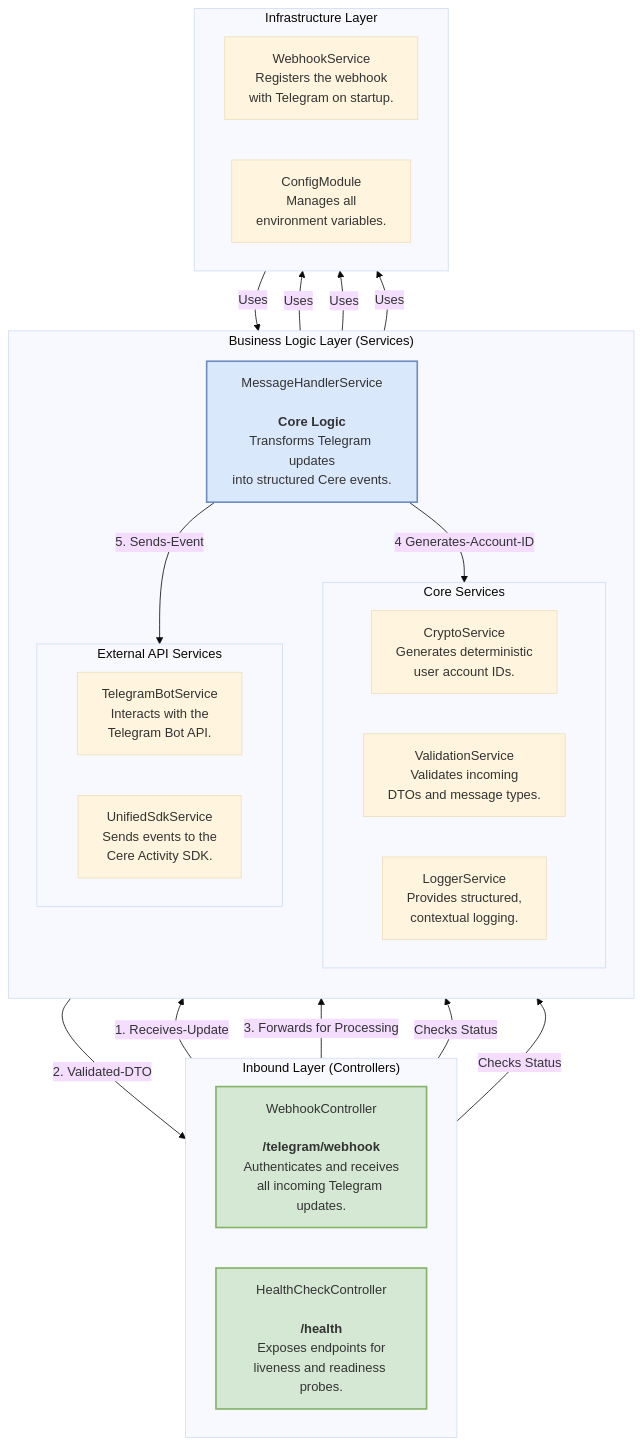
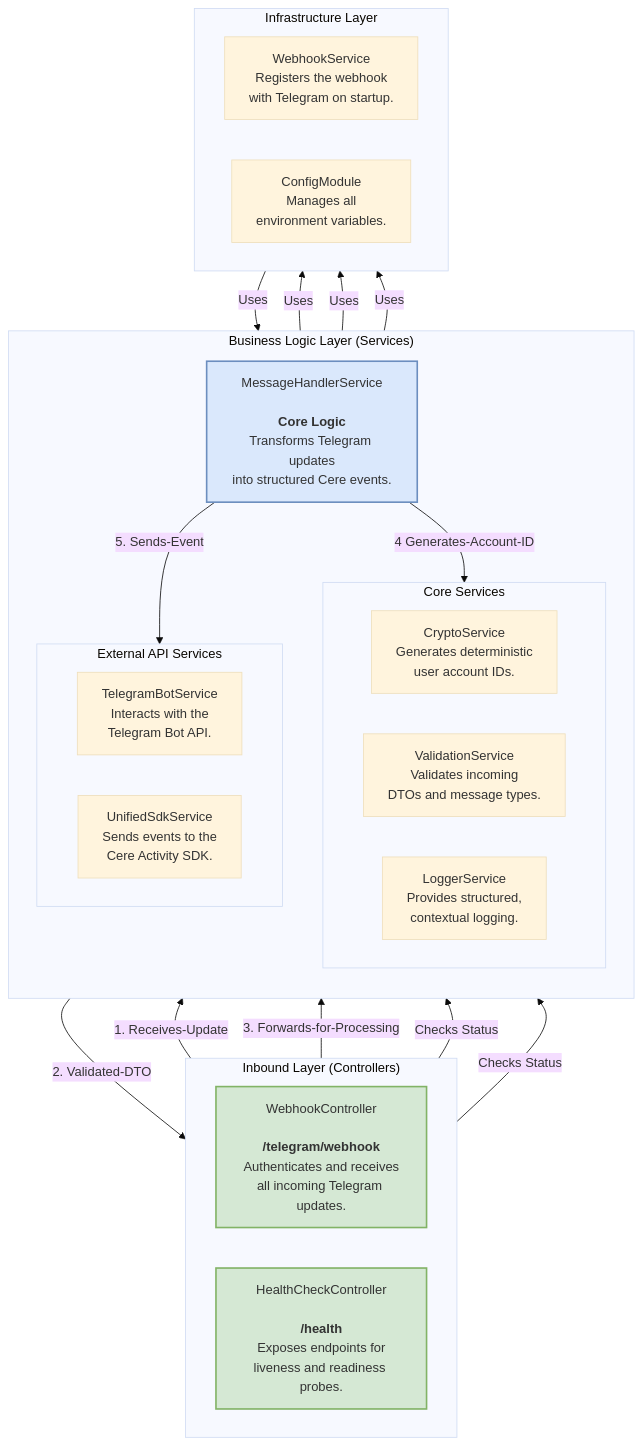
Before and after one commit to cere-io/integration-telegram-app-bot: the diagram in docs/architecture/2_component_diagram.md, drawn with Mermaid (base theme).

````diff
--- a/docs/architecture/2_component_diagram.md
+++ b/docs/architecture/2_component_diagram.md
@@ -7,53 +7,53 @@
 ```mermaid
 graph TD
     subgraph "Inbound Layer (Controllers)"
         direction LR
         WEBHOOK_CONTROLLER[WebhookController<br><br><b>/telegram/webhook</b><br>Authenticates and receives<br>all incoming Telegram updates.]
         HEALTH_CONTROLLER[HealthCheckController<br><br><b>/health</b><br>Exposes endpoints for<br>liveness and readiness probes.]
     end
 
     subgraph "Business Logic Layer (Services)"
         direction TB
         MSG_HANDLER[MessageHandlerService<br><br><b>Core Logic</b><br>Transforms Telegram updates<br>into structured Cere events.]
         
         subgraph "Core Services"
             direction LR
             CRYPTO[CryptoService<br>Generates deterministic<br>user account IDs.]
             VALIDATION[ValidationService<br>Validates incoming<br>DTOs and message types.]
             LOGGER[LoggerService<br>Provides structured,<br>contextual logging.]
         end
 
         subgraph "External API Services"
             direction LR
             TG_BOT_SERVICE[TelegramBotService<br>Interacts with the<br>Telegram Bot API.]
             UNIFIED_SDK[UnifiedSdkService<br>Sends events to the<br>Cere Activity SDK.]
         end
     end
     
     subgraph "Infrastructure Layer"
         direction LR
         WEBHOOK_SERVICE[WebhookService<br>Registers the webhook<br>with Telegram on startup.]
         CONFIG_SERVICE[ConfigModule<br>Manages all<br>environment variables.]
     end
 
     %% Connections
     WEBHOOK_CONTROLLER -- "1. Receives-Update" --> VALIDATION
     VALIDATION -- "2. Validated-DTO" --> WEBHOOK_CONTROLLER
-    WEBHOOK_CONTROLLER -- "3. Forwards for Processing" --> MSG_HANDLER
+    WEBHOOK_CONTROLLER -- "3. Forwards-for-Processing" --> MSG_HANDLER
     
     MSG_HANDLER -- "4 Generates-Account-ID" --> CRYPTO
     MSG_HANDLER -- "5. Sends-Event" --> UNIFIED_SDK
     
     WEBHOOK_SERVICE -- "Uses" --> TG_BOT_SERVICE
     TG_BOT_SERVICE -- "Uses" --> CONFIG_SERVICE
     UNIFIED_SDK -- "Uses" --> CONFIG_SERVICE
     MSG_HANDLER -- "Uses" --> CONFIG_SERVICE
     
     HEALTH_CONTROLLER -- "Checks Status" --> UNIFIED_SDK
     HEALTH_CONTROLLER -- "Checks Status" --> TG_BOT_SERVICE
 
     %% Style Definitions
     style WEBHOOK_CONTROLLER fill:#D5E8D4,stroke:#82B366,stroke-width:2px
     style HEALTH_CONTROLLER fill:#D5E8D4,stroke:#82B366,stroke-width:2px
     style MSG_HANDLER fill:#DAE8FC,stroke:#6C8EBF,stroke-width:2px
 ```
````
